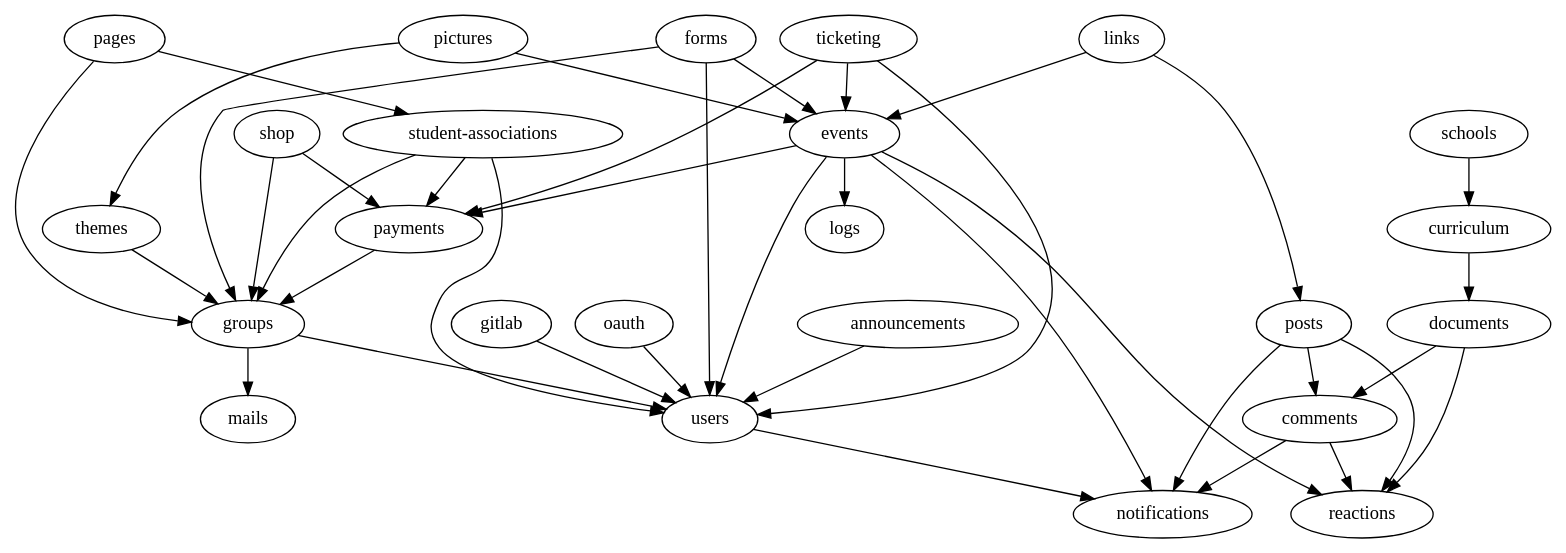
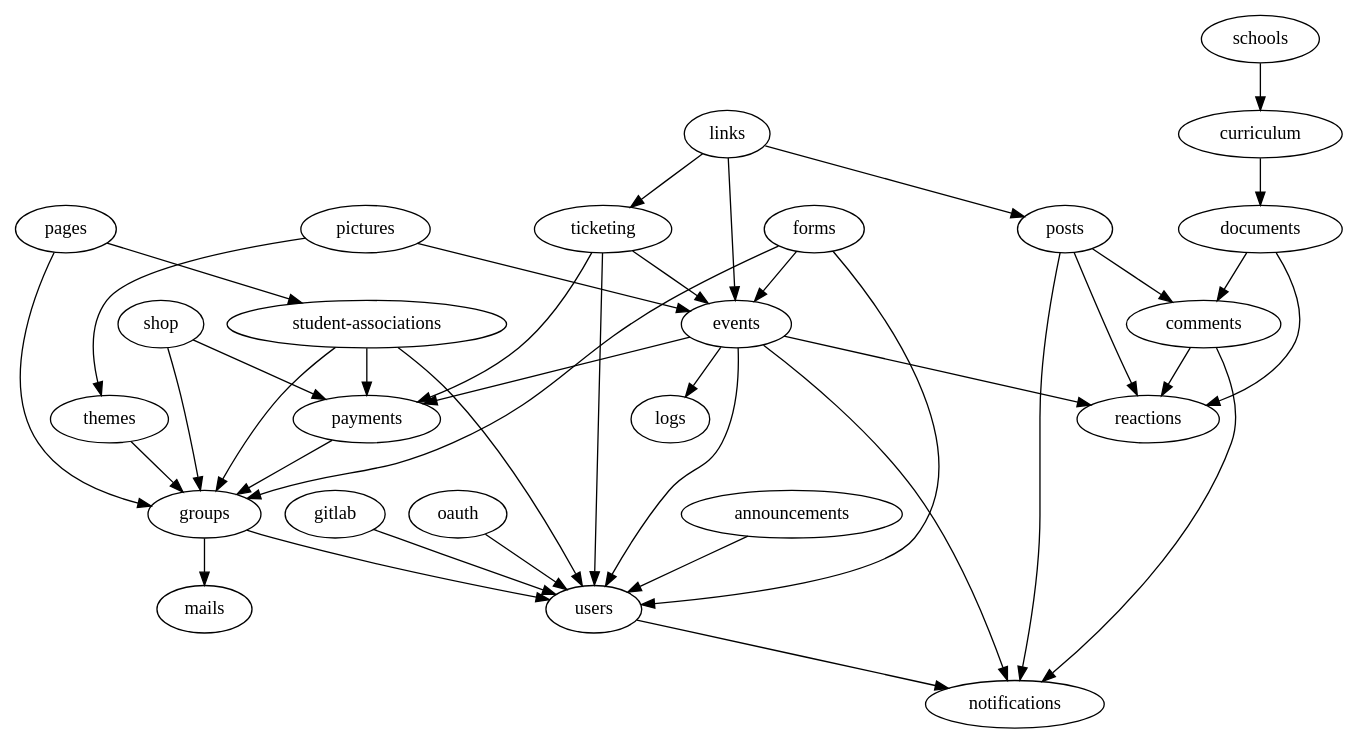
The diagram in packages/api/scripts/modules-import-graph.dot (inp-net/churros), drawn with Graphviz before and after one commit. The commit also changed 16 other files, not shown here.

```diff
--- a/packages/api/scripts/modules-import-graph.dot
+++ b/packages/api/scripts/modules-import-graph.dot
@@ -1,41 +1,42 @@
 strict digraph ImportGraph {
     "announcements" -> "users";
     "comments" -> "notifications";
     "comments" -> "reactions";
     "curriculum" -> "documents";
     "documents" -> "comments";
     "documents" -> "reactions";
     "events" -> "logs";
     "events" -> "notifications";
     "events" -> "payments";
     "events" -> "reactions";
     "events" -> "users";
     "forms" -> "events";
     "forms" -> "groups";
     "forms" -> "users";
     "gitlab" -> "users";
     "groups" -> "mails";
     "groups" -> "users";
     "links" -> "events";
     "links" -> "posts";
+    "links" -> "ticketing";
     "oauth" -> "users";
     "pages" -> "groups";
     "pages" -> "student-associations";
     "payments" -> "groups";
     "pictures" -> "events";
     "pictures" -> "themes";
     "posts" -> "comments";
     "posts" -> "notifications";
     "posts" -> "reactions";
     "schools" -> "curriculum";
     "shop" -> "groups";
     "shop" -> "payments";
     "student-associations" -> "groups";
     "student-associations" -> "payments";
     "student-associations" -> "users";
     "themes" -> "groups";
     "ticketing" -> "events";
     "ticketing" -> "payments";
     "ticketing" -> "users";
     "users" -> "notifications";
 }
```
